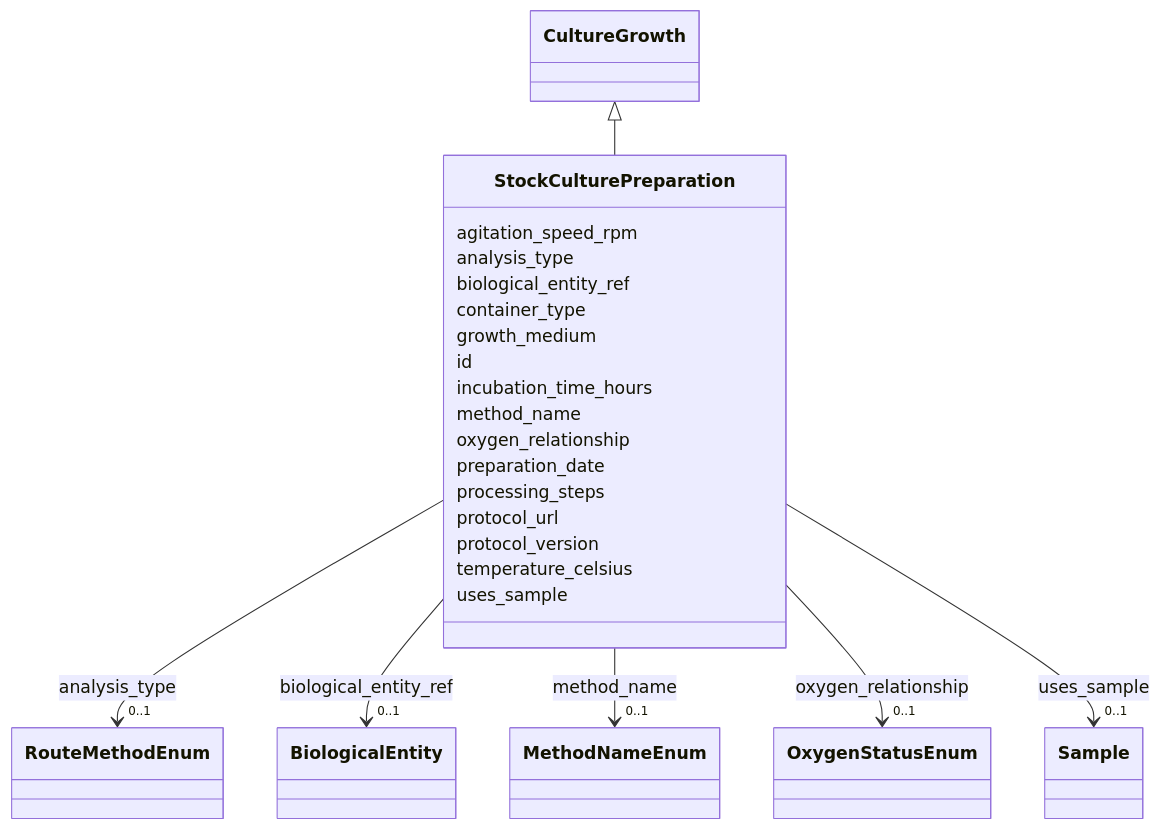
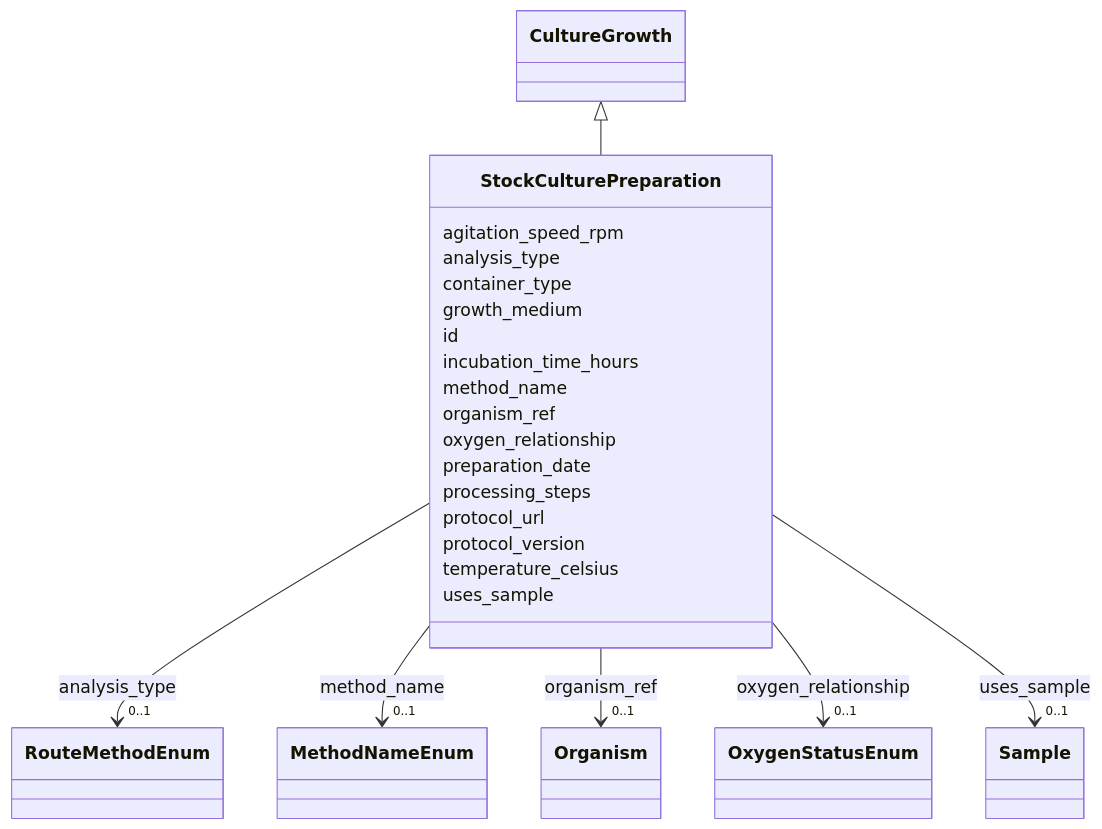
One commit to EMSL-Computing/BASALT-Schema changed the diagram in docs/elements/StockCulturePreparation.md. Above: the diagram before and after it, drawn with Mermaid. The commit also changed other lines of this file and 167 other files, not shown here.

Commit message:
refactor 'biological_entity' to 'organism' and regen visualizer, models, docs

````diff
--- a/docs/elements/StockCulturePreparation.md
+++ b/docs/elements/StockCulturePreparation.md
@@ -26,84 +26,84 @@
 ```mermaid
  classDiagram
     class StockCulturePreparation
     click StockCulturePreparation href "../StockCulturePreparation/"
       CultureGrowth <|-- StockCulturePreparation
         click CultureGrowth href "../CultureGrowth/"
       
       StockCulturePreparation : agitation_speed_rpm
         
       StockCulturePreparation : analysis_type
         
           
     
         
         
         StockCulturePreparation --> "0..1" RouteMethodEnum : analysis_type
         click RouteMethodEnum href "../RouteMethodEnum/"
     
 
         
-      StockCulturePreparation : biological_entity_ref
-        
-          
-    
-        
-        
-        StockCulturePreparation --> "0..1" BiologicalEntity : biological_entity_ref
-        click BiologicalEntity href "../BiologicalEntity/"
-    
-
-        
       StockCulturePreparation : container_type
         
       StockCulturePreparation : growth_medium
         
       StockCulturePreparation : id
         
       StockCulturePreparation : incubation_time_hours
         
       StockCulturePreparation : method_name
         
           
     
         
         
         StockCulturePreparation --> "0..1" MethodNameEnum : method_name
         click MethodNameEnum href "../MethodNameEnum/"
+    
+
+        
+      StockCulturePreparation : organism_ref
+        
+          
+    
+        
+        
+        StockCulturePreparation --> "0..1" Organism : organism_ref
+        click Organism href "../Organism/"
     
 
         
       StockCulturePreparation : oxygen_relationship
         
           
     
         
         
         StockCulturePreparation --> "0..1" OxygenStatusEnum : oxygen_relationship
         click OxygenStatusEnum href "../OxygenStatusEnum/"
     
 
         
       StockCulturePreparation : preparation_date
         
       StockCulturePreparation : processing_steps
         
       StockCulturePreparation : protocol_url
         
       StockCulturePreparation : protocol_version
         
       StockCulturePreparation : temperature_celsius
         
       StockCulturePreparation : uses_sample
         
           
     
         
         
         StockCulturePreparation --> "0..1" Sample : uses_sample
         click Sample href "../Sample/"
     
 
         
       
 ```
````
